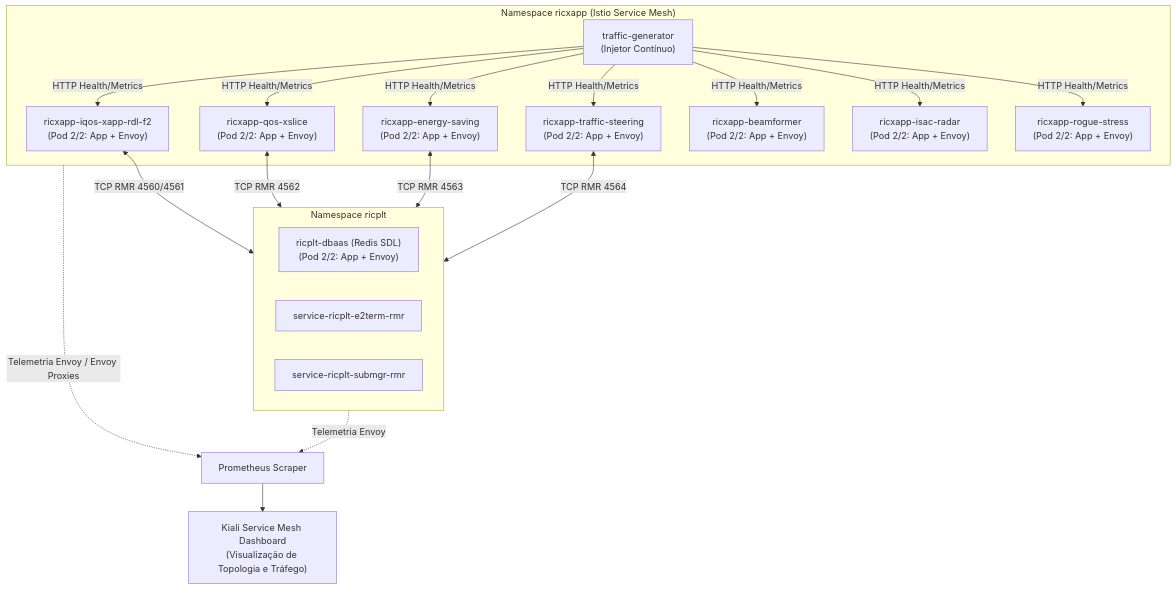
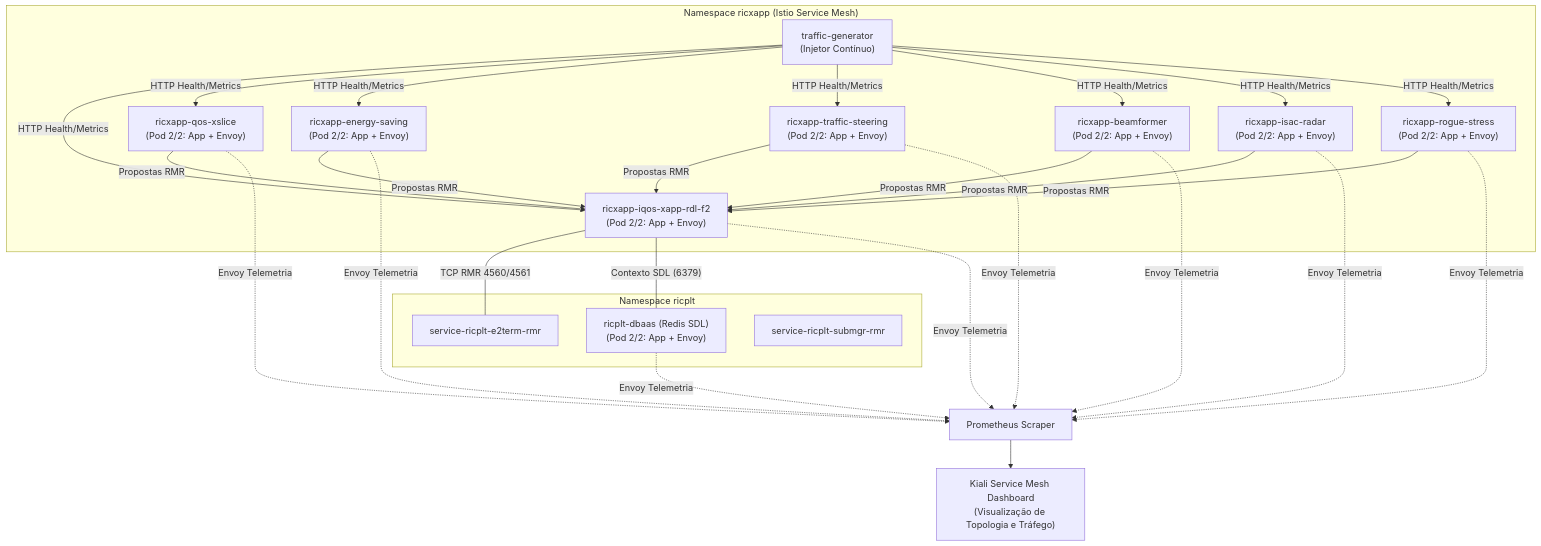
Before and after one commit to georgebarbosa3090/XApp-RDL-F2: the diagram in docs/06_observabilidade_kiali_e_injecao_trafego.md, drawn with Mermaid. The commit also changed 15 other files, not shown here.

Commit message:
fix(docs): fix mermaid diagrams syntax and fix fallback MAPPO/Helm rollout timeout

````diff
--- a/docs/06_observabilidade_kiali_e_injecao_trafego.md
+++ b/docs/06_observabilidade_kiali_e_injecao_trafego.md
@@ -14,36 +14,46 @@
 ```mermaid
-graph TD
+flowchart TD
     subgraph Mesh["Namespace ricxapp (Istio Service Mesh)"]
         RDL["ricxapp-iqos-xapp-rdl-f2<br/>(Pod 2/2: App + Envoy)"]
         XS["ricxapp-qos-xslice<br/>(Pod 2/2: App + Envoy)"]
         ES["ricxapp-energy-saving<br/>(Pod 2/2: App + Envoy)"]
         TS["ricxapp-traffic-steering<br/>(Pod 2/2: App + Envoy)"]
         BF["ricxapp-beamformer<br/>(Pod 2/2: App + Envoy)"]
         IS["ricxapp-isac-radar<br/>(Pod 2/2: App + Envoy)"]
         RS["ricxapp-rogue-stress<br/>(Pod 2/2: App + Envoy)"]
         GEN["traffic-generator<br/>(Injetor Contínuo)"]
     end
 
     subgraph RIC["Namespace ricplt"]
         DBAAS["ricplt-dbaas (Redis SDL)<br/>(Pod 2/2: App + Envoy)"]
         E2T["service-ricplt-e2term-rmr"]
         SUB["service-ricplt-submgr-rmr"]
     end
 
-    GEN -->|HTTP Health/Metrics| RDL
-    GEN -->|HTTP Health/Metrics| XS
-    GEN -->|HTTP Health/Metrics| ES
-    GEN -->|HTTP Health/Metrics| TS
-    GEN -->|HTTP Health/Metrics| BF
-    GEN -->|HTTP Health/Metrics| IS
-    GEN -->|HTTP Health/Metrics| RS
+    GEN -->|"HTTP Health/Metrics"| RDL
+    GEN -->|"HTTP Health/Metrics"| XS
+    GEN -->|"HTTP Health/Metrics"| ES
+    GEN -->|"HTTP Health/Metrics"| TS
+    GEN -->|"HTTP Health/Metrics"| BF
+    GEN -->|"HTTP Health/Metrics"| IS
+    GEN -->|"HTTP Health/Metrics"| RS
 
-    RDL <-->|TCP RMR 4560/4561| RIC
-    XS <-->|TCP RMR 4562| RIC
-    ES <-->|TCP RMR 4563| RIC
-    TS <-->|TCP RMR 4564| RIC
+    RDL ---|"TCP RMR 4560/4561"| E2T
+    RDL ---|"Contexto SDL (6379)"| DBAAS
+    XS -->|"Propostas RMR"| RDL
+    ES -->|"Propostas RMR"| RDL
+    TS -->|"Propostas RMR"| RDL
+    BF -->|"Propostas RMR"| RDL
+    IS -->|"Propostas RMR"| RDL
+    RS -->|"Propostas RMR"| RDL
 
-    Mesh -.->|Telemetria Envoy / Envoy Proxies| PROM["Prometheus Scraper"]
-    RIC -.->|Telemetria Envoy| PROM
+    RDL -.->|"Envoy Telemetria"| PROM["Prometheus Scraper"]
+    XS -.->|"Envoy Telemetria"| PROM
+    ES -.->|"Envoy Telemetria"| PROM
+    TS -.->|"Envoy Telemetria"| PROM
+    BF -.->|"Envoy Telemetria"| PROM
+    IS -.->|"Envoy Telemetria"| PROM
+    RS -.->|"Envoy Telemetria"| PROM
+    DBAAS -.->|"Envoy Telemetria"| PROM
     PROM --> KIALI["Kiali Service Mesh Dashboard<br/>(Visualização de Topologia e Tráfego)"]
 ```
````
